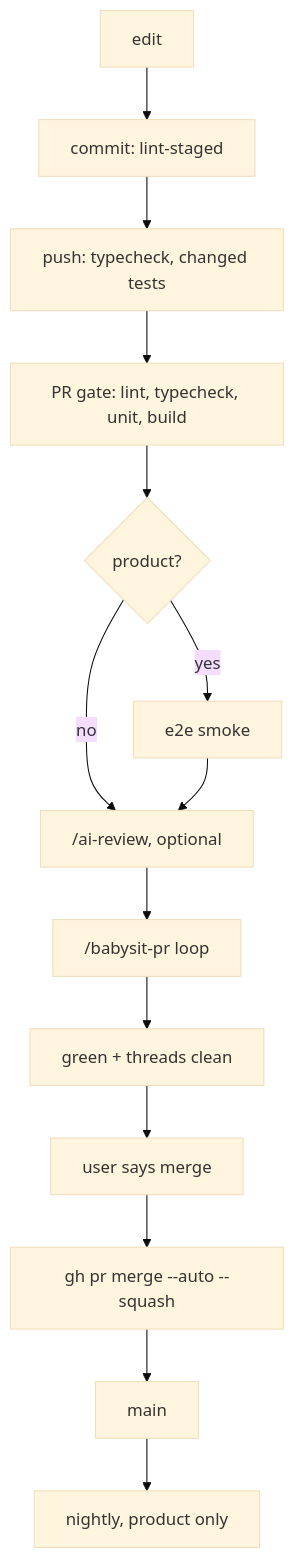
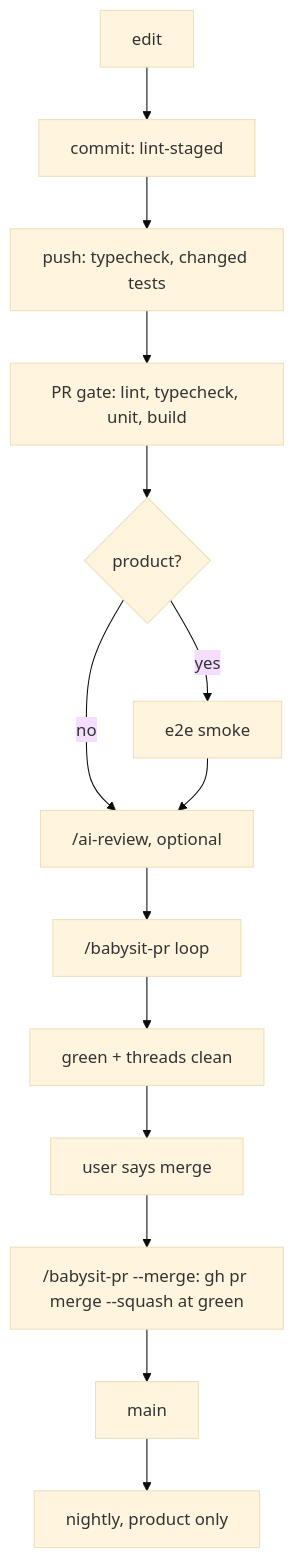
The first of 2 diagrams in docs/dev-process.md (timschoch/skilly), drawn with Mermaid (base theme) before and after one commit. The commit also changed other lines of this file and 5 other files, not shown here.

First line of the commit message:
feat(git-shortcuts): babysit the PR until it can merge (#113)

````diff
--- a/docs/dev-process.md
+++ b/docs/dev-process.md
@@ -22,16 +22,16 @@
 ```mermaid
 flowchart TD
   edit[edit] --> commit[commit: lint-staged]
   commit --> push[push: typecheck, changed tests]
   push --> gate[PR gate: lint, typecheck, unit, build]
   gate --> tier{product?}
   tier -- yes --> smoke[e2e smoke]
   tier -- no --> ai
   smoke --> ai["/ai-review, optional"]
   ai --> babysit["/babysit-pr loop"]
   babysit --> clean[green + threads clean]
   clean --> ask[user says merge]
-  ask --> merge[gh pr merge --auto --squash]
+  ask --> merge["/babysit-pr --merge: gh pr merge --squash at green"]
   merge --> main[main]
   main --> nightly[nightly, product only]
 ```
````
